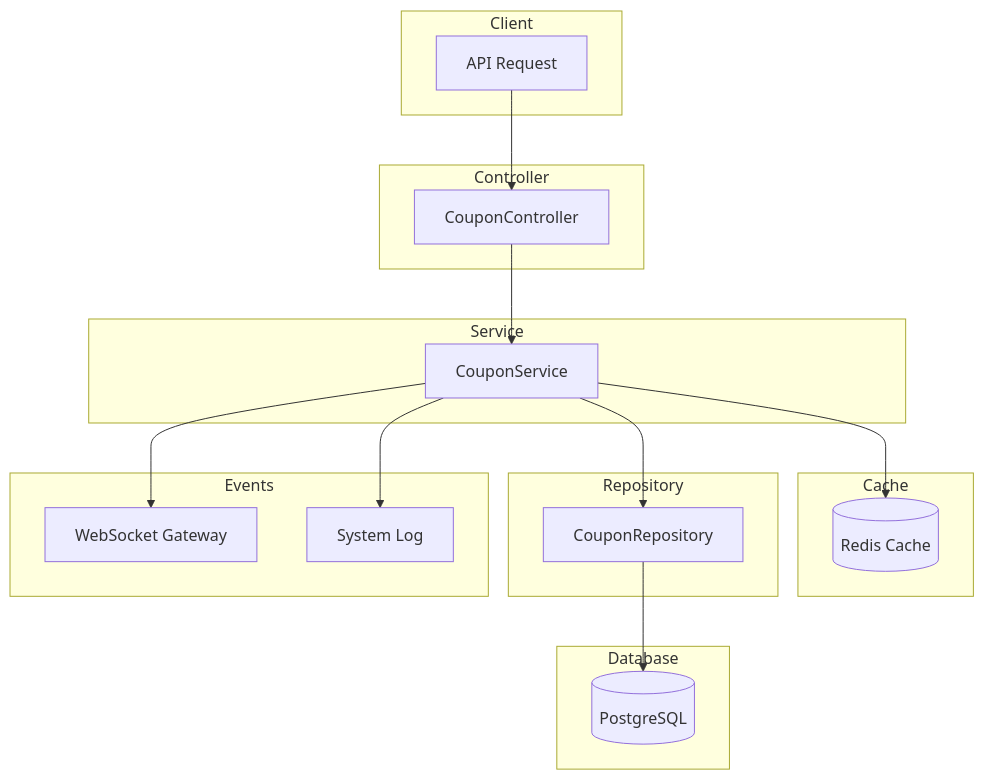
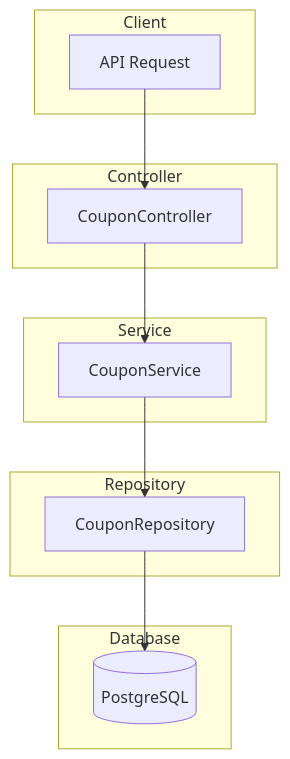
Before and after one commit to ZombieGenZ/gen-hub: the diagram in server/documents/api-document/coupon-module.md, drawn with Mermaid. The commit also changed other lines of this file and 6 other files, not shown here.

````diff
--- a/server/documents/api-document/coupon-module.md
+++ b/server/documents/api-document/coupon-module.md
@@ -13,39 +11,27 @@
 ```mermaid
 flowchart TB
     subgraph Client
         A[API Request]
     end
     
     subgraph Controller
         B[CouponController]
     end
     
     subgraph Service
         C[CouponService]
     end
     
-    subgraph Cache
-        D[(Redis Cache)]
-    end
-    
     subgraph Repository
-        E[CouponRepository]
+        D[CouponRepository]
     end
     
     subgraph Database
-        F[(PostgreSQL)]
-    end
-    
-    subgraph Events
-        G[WebSocket Gateway]
-        H[System Log]
+        E[(PostgreSQL)]
     end
     
     A --> B
     B --> C
     C --> D
-    C --> E
-    E --> F
-    C --> G
-    C --> H
+    D --> E
 ```
````
